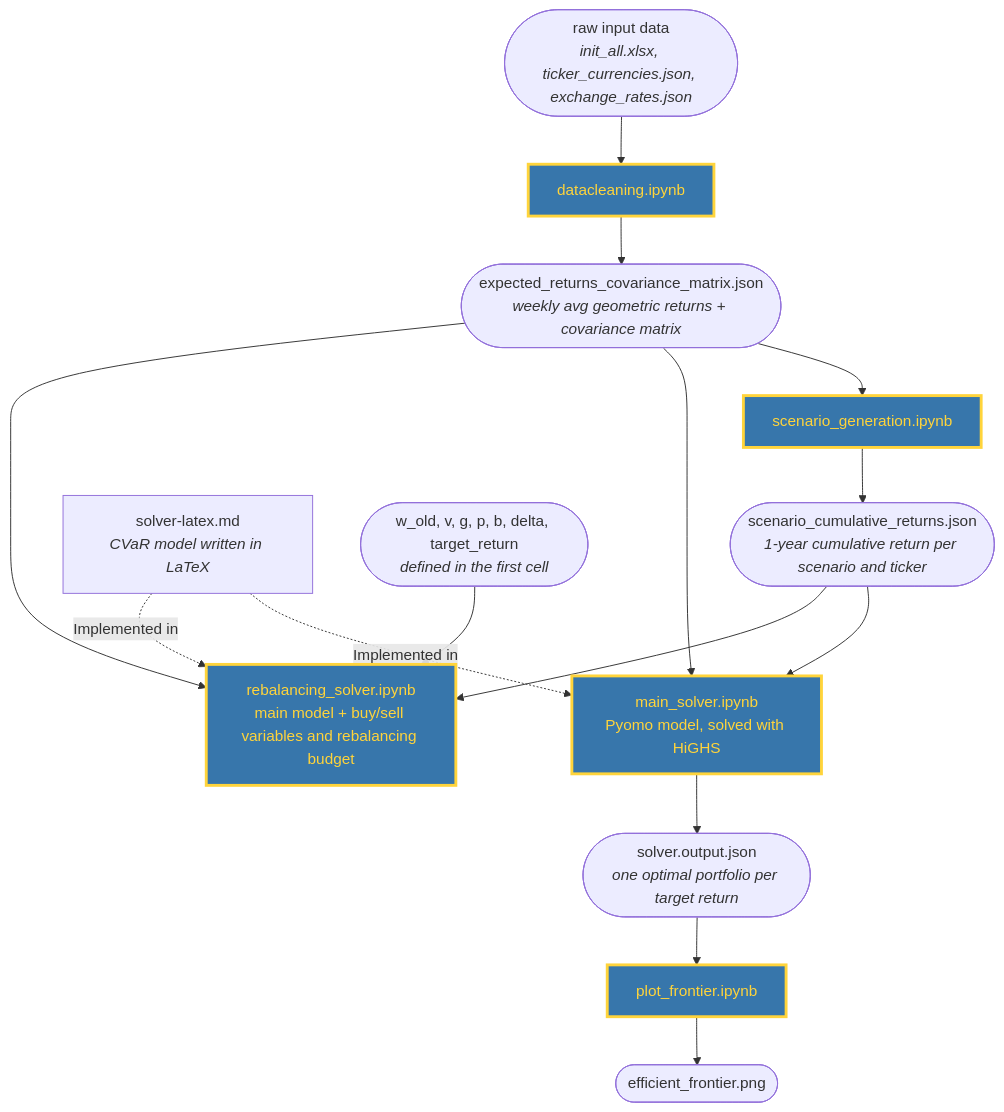
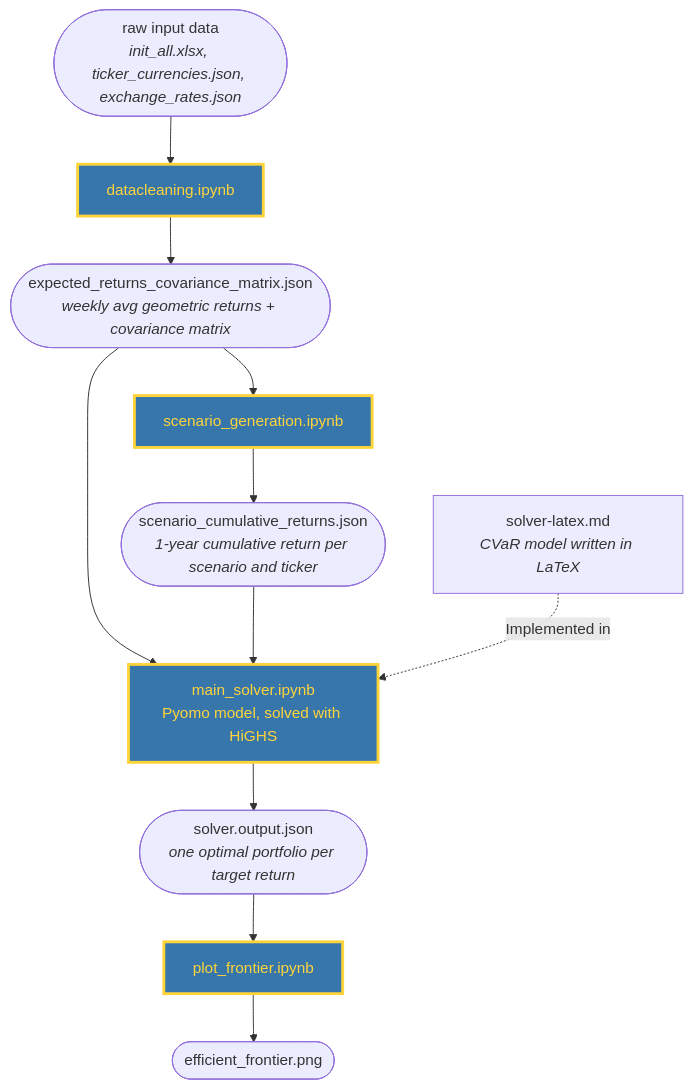
Before and after one commit to RavSeime/or-central-repo: the first of 2 diagrams in main-assignment/README.md, drawn with Mermaid. The commit also changed other lines of this file, not shown here.

First line of the commit message:
Split rebalancing into its own README diagram and section

````diff
--- a/main-assignment/README.md
+++ b/main-assignment/README.md
@@ -7,38 +9,31 @@
 ```mermaid
 flowchart TD
 
 raw([raw input data<br><i>init_all.xlsx, ticker_currencies.json, exchange_rates.json</i>])
 
 clean[datacleaning.ipynb]:::python
 stats([expected_returns_covariance_matrix.json<br><i>weekly avg geometric returns + covariance matrix</i>])
 
 scen[scenario_generation.ipynb]:::python
 scen_out([scenario_cumulative_returns.json<br><i>1-year cumulative return per scenario and ticker</i>])
 
 latex[solver-latex.md<br><i>CVaR model written in LaTeX</i>]
 solver[main_solver.ipynb<br>Pyomo model, solved with HiGHS]:::python
 solver_out([solver.output.json<br><i>one optimal portfolio per target return</i>])
 
 plot[plot_frontier.ipynb]:::python
 plot_out([efficient_frontier.png])
 
-rebal[rebalancing_solver.ipynb<br>main model + buy/sell variables and rebalancing budget]:::python
-w_old([w_old, v, g, p, b, delta, target_return<br><i>defined in the first cell</i>])
-
 raw --> clean
 clean --> stats
 stats --> scen
 scen --> scen_out
 stats --> solver
 scen_out --> solver
 latex -. "Implemented in" .-> solver
 solver --> solver_out
 solver_out --> plot
 plot --> plot_out
-stats --> rebal
-scen_out --> rebal
-w_old --> rebal
-latex -. "Implemented in" .-> rebal
 
 classDef python fill:#3776AB,stroke:#FFD43B,stroke-width:3px,color:#FFD43B
 ```
````
